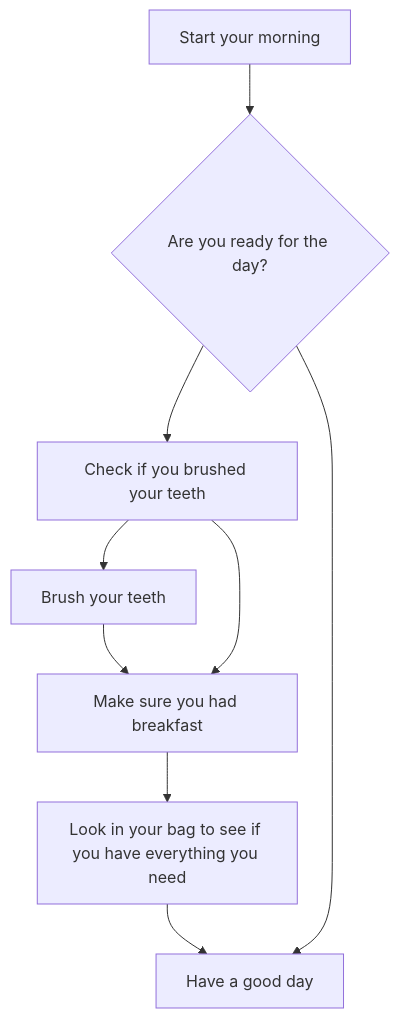
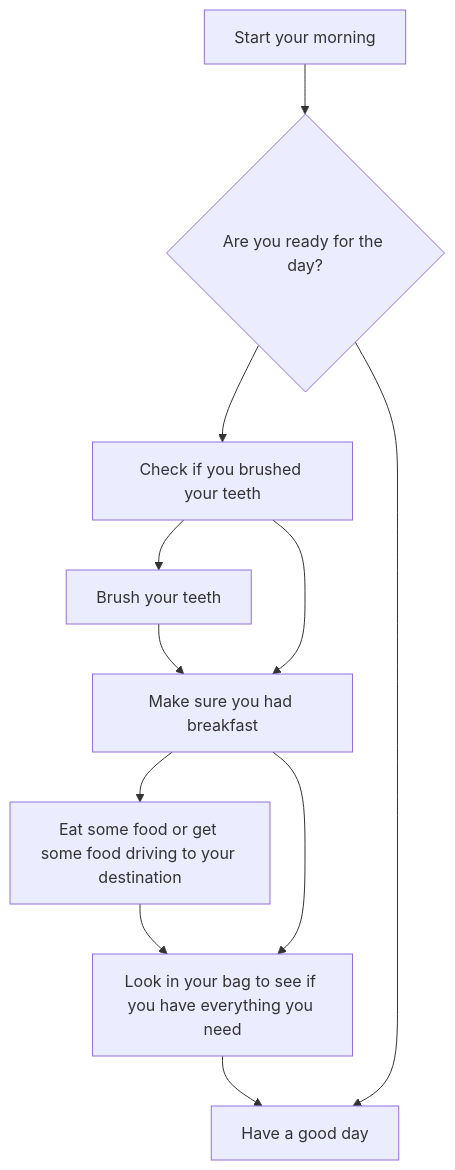
Before and after one commit to Edward3785/Edward3785.github.io: the diagram in Diagram.md, drawn with Mermaid.

Commit message:
Added G and E

````diff
--- a/Diagram.md
+++ b/Diagram.md
@@ -3,13 +3,15 @@
 ```mermaid
  flowchart TD;
      A[Start your morning]-->B{Are you ready for the day?};
      B --> C[Check if you brushed your teeth]
      C --> F[Brush your teeth]
      F --> D
      C --> D[Make sure you had breakfast]
+     D --> G[Eat some food or get some food driving to your destination]
+     G --> E
      D --> E[Look in your bag to see if you have everything you need]
      E --> z
      B --> z[Have a good day]
 
 
 ```
````
